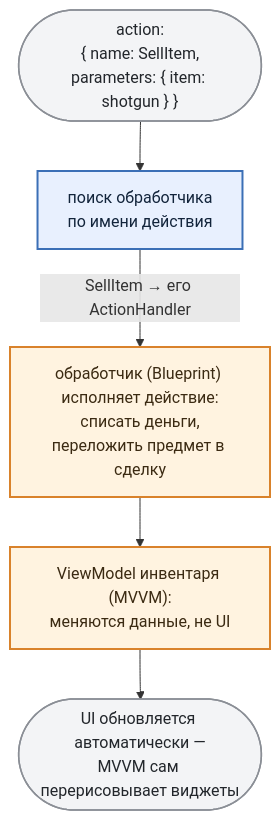
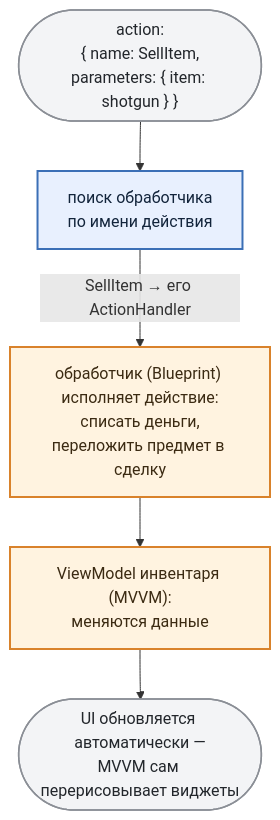
One commit to MimusTriurus/ullama_demo changed the second of 2 diagrams in docs/parts/section-04-function-calling.md. Above: the diagram before and after it, drawn with Mermaid. The commit also changed other lines of this file and 7 other files, not shown here.

First line of the commit message:
docs: mermaid diagrams in sections 3-4, style pass, LLM-marker checker

````diff
--- a/docs/parts/section-04-function-calling.md
+++ b/docs/parts/section-04-function-calling.md
@@ -87,21 +83,21 @@
 ```mermaid
 flowchart TD
     ACT(["action:<br/>{ name: SellItem,<br/>parameters: { item: shotgun } }"])
     FIND["поиск обработчика<br/>по имени действия"]
     HANDLER["обработчик (Blueprint) исполняет действие:<br/>списать деньги,<br/>переложить предмет в сделку"]
-    VM["ViewModel инвентаря (MVVM):<br/>меняются данные, не UI"]
+    VM["ViewModel инвентаря (MVVM):<br/>меняются данные"]
     UI(["UI обновляется автоматически —<br/>MVVM сам перерисовывает виджеты"])
 
     ACT --> FIND
     FIND -- "SellItem → его ActionHandler" --> HANDLER
     HANDLER --> VM
     VM --> UI
 
     classDef state fill:#fff3e0,stroke:#d9822b,stroke-width:2px,color:#3b2a12
     classDef engine fill:#e8f0fe,stroke:#3b6fb6,stroke-width:2px,color:#12243b
     classDef edge fill:#f3f4f6,stroke:#8b8f96,stroke-width:1.5px,color:#22262b
 
     class HANDLER,VM state
     class FIND engine
     class ACT,UI edge
 ```
````
